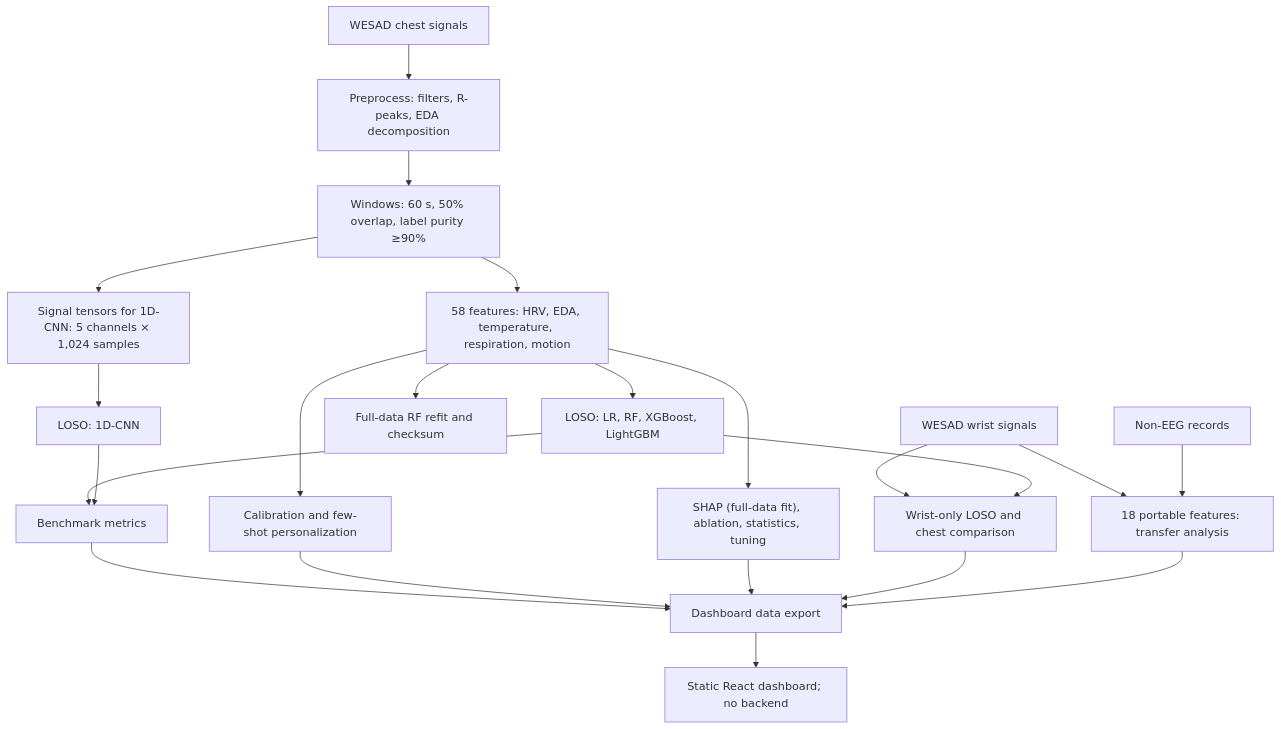
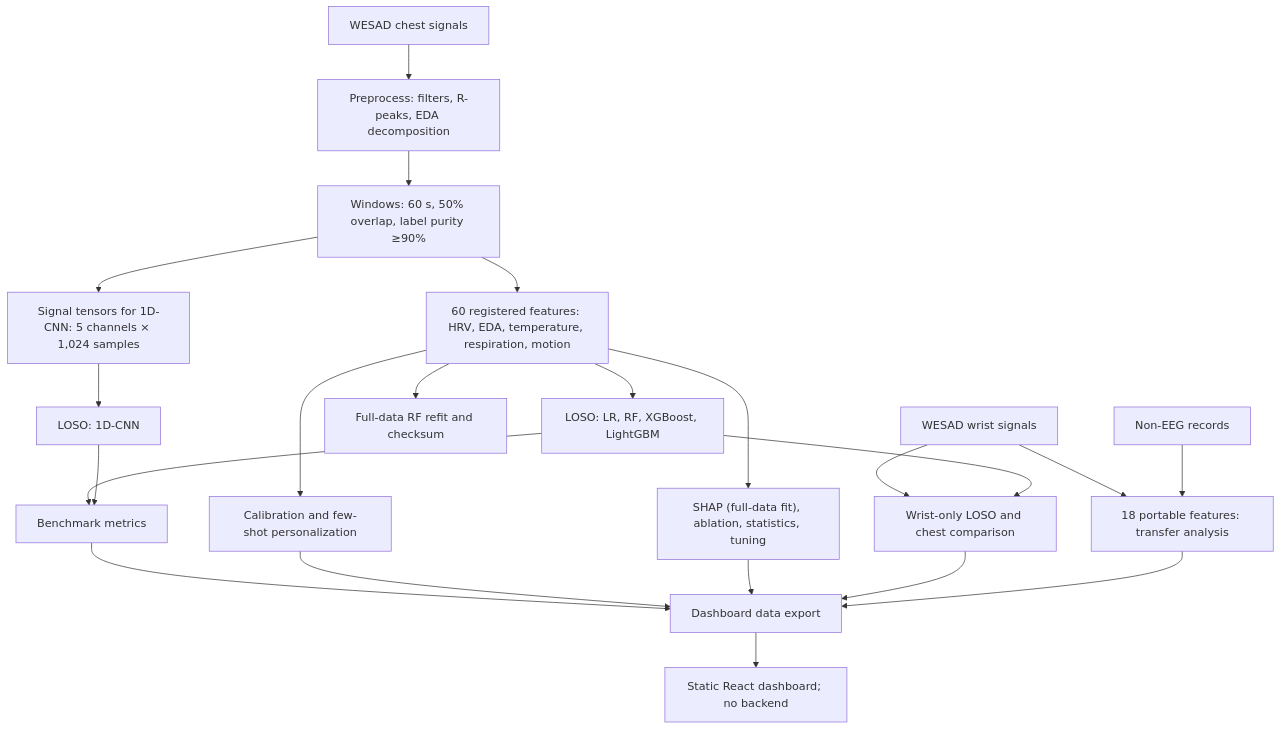
Before and after one commit to urmeo/CalmSense: the diagram in README.md, drawn with Mermaid. The commit also changed other lines of this file and 30 other files, not shown here.

````diff
--- a/README.md
+++ b/README.md
@@ -302,24 +310,24 @@
 ```mermaid
 flowchart TD
     A["WESAD chest signals"] --> B["Preprocess: filters, R-peaks, EDA decomposition"]
     B --> C["Windows: 60 s, 50% overlap, label purity ≥90%"]
-    C --> D["58 features: HRV, EDA, temperature, respiration, motion"]
+    C --> D["60 registered features: HRV, EDA, temperature, respiration, motion"]
     C --> R["Signal tensors for 1D-CNN: 5 channels × 1,024 samples"]
     D --> E["LOSO: LR, RF, XGBoost, LightGBM"]
     R --> N["LOSO: 1D-CNN"]
     E --> F["Benchmark metrics"]
     N --> F
     D --> G["Calibration and few-shot personalization"]
     D --> H["SHAP (full-data fit), ablation, statistics, tuning"]
     D --> I["Full-data RF refit and checksum"]
     W["WESAD wrist signals"] --> V["Wrist-only LOSO and chest comparison"]
     E --> V
     W --> P["18 portable features: transfer analysis"]
     O["Non-EEG records"] --> P
     F --> J["Dashboard data export"]
     G --> J
     H --> J
     V --> J
     P --> J
     J --> K["Static React dashboard; no backend"]
 ```
````
